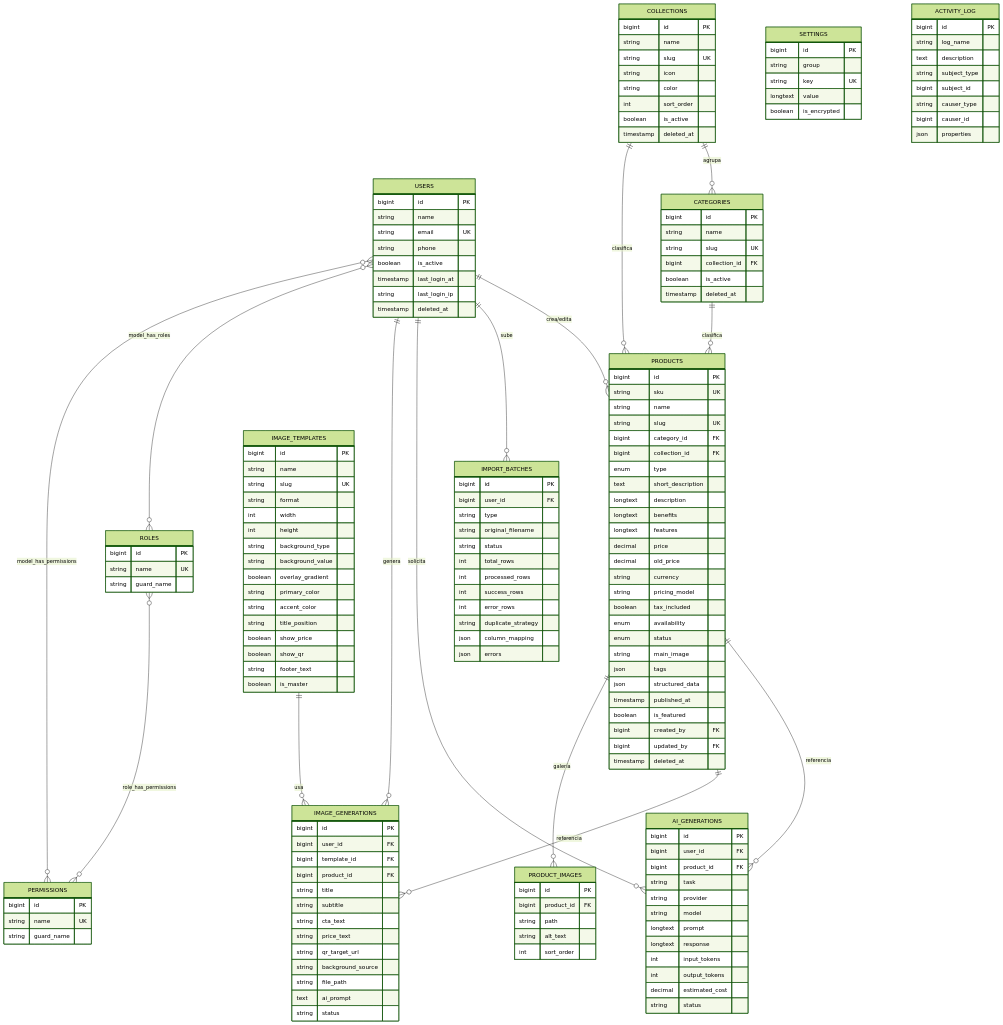
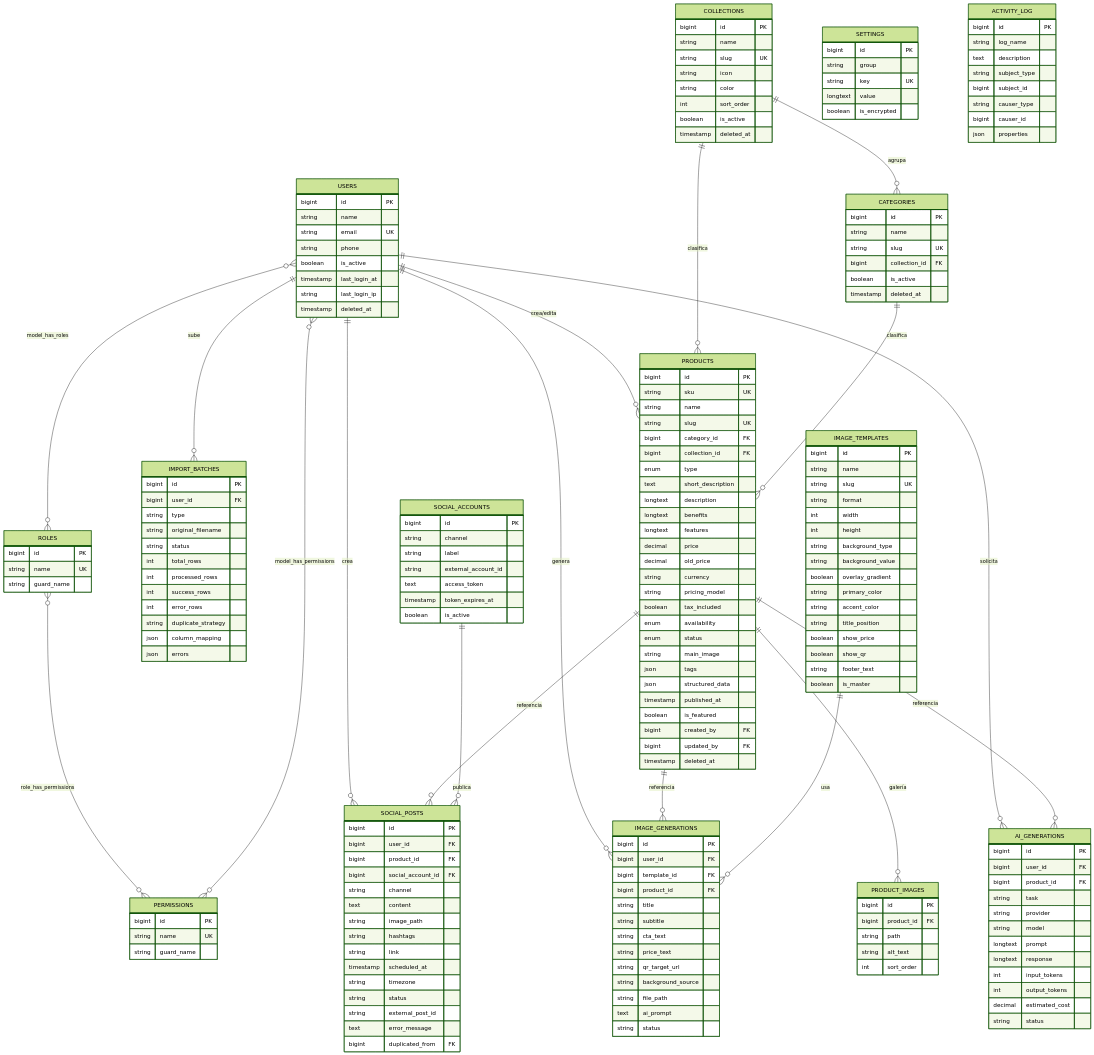
Before and after one commit to fcmmx/nodo-catalog-manager: the diagram in DATABASE-DIAGRAM.md, drawn with Mermaid (forest theme). The commit also changed other lines of this file and 27 other files, not shown here.

```diff
--- a/DATABASE-DIAGRAM.md
+++ b/DATABASE-DIAGRAM.md
@@ -8,9 +8,12 @@
     USERS ||--o{ IMPORT_BATCHES : "sube"
     USERS ||--o{ AI_GENERATIONS : "solicita"
     USERS ||--o{ IMAGE_GENERATIONS : "genera"
+    USERS ||--o{ SOCIAL_POSTS : "crea"
     PRODUCTS ||--o{ AI_GENERATIONS : "referencia"
     PRODUCTS ||--o{ IMAGE_GENERATIONS : "referencia"
+    PRODUCTS ||--o{ SOCIAL_POSTS : "referencia"
     IMAGE_TEMPLATES ||--o{ IMAGE_GENERATIONS : "usa"
+    SOCIAL_ACCOUNTS ||--o{ SOCIAL_POSTS : "publica"
     COLLECTIONS ||--o{ CATEGORIES : "agrupa"
     COLLECTIONS ||--o{ PRODUCTS : "clasifica"
     CATEGORIES ||--o{ PRODUCTS : "clasifica"
@@ -160,6 +163,34 @@
         string status
     }
 
+    SOCIAL_ACCOUNTS {
+        bigint id PK
+        string channel
+        string label
+        string external_account_id
+        text access_token
+        timestamp token_expires_at
+        boolean is_active
+    }
+
+    SOCIAL_POSTS {
+        bigint id PK
+        bigint user_id FK
+        bigint product_id FK
+        bigint social_account_id FK
+        string channel
+        text content
+        string image_path
+        string hashtags
+        string link
+        timestamp scheduled_at
+        string timezone
+        string status
+        string external_post_id
+        text error_message
+        bigint duplicated_from FK
+    }
+
     ROLES {
         bigint id PK
         string name UK
```
